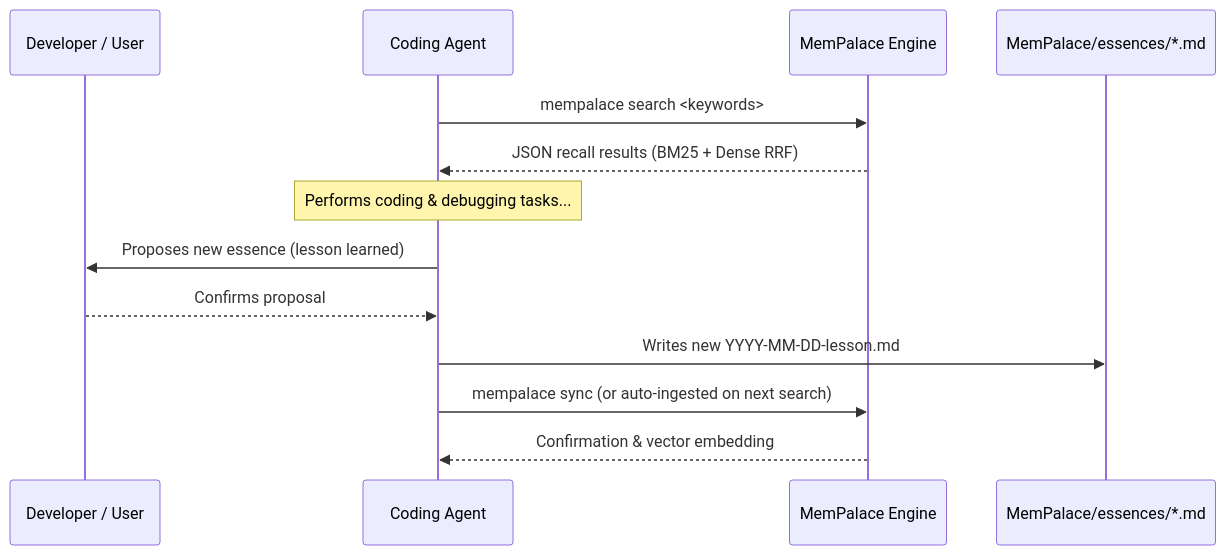
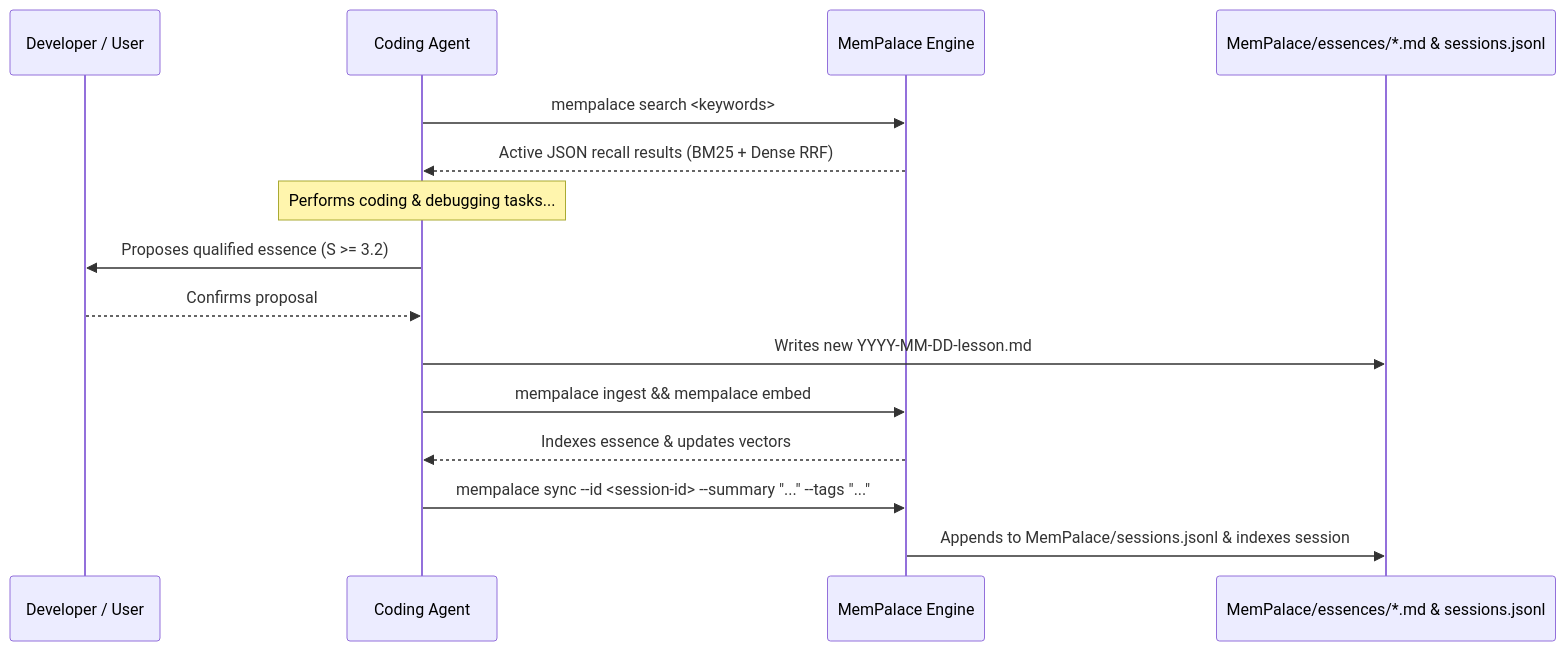
Before and after one commit to aruruka/mempalace: the diagram in wiki/workspace-setup-and-onboarding.md, drawn with Mermaid. The commit also changed other lines of this file and 10 other files, not shown here.

````diff
--- a/wiki/workspace-setup-and-onboarding.md
+++ b/wiki/workspace-setup-and-onboarding.md
@@ -143,16 +149,18 @@
 ```mermaid
 sequenceDiagram
     participant User as Developer / User
     participant Agent as Coding Agent
     participant MP as MemPalace Engine
-    participant Files as MemPalace/essences/*.md
+    participant Files as MemPalace/essences/*.md & sessions.jsonl
 
     Agent->>MP: mempalace search <keywords>
-    MP-->>Agent: JSON recall results (BM25 + Dense RRF)
+    MP-->>Agent: Active JSON recall results (BM25 + Dense RRF)
     Note over Agent: Performs coding & debugging tasks...
-    Agent->>User: Proposes new essence (lesson learned)
+    Agent->>User: Proposes qualified essence (S >= 3.2)
     User-->>Agent: Confirms proposal
     Agent->>Files: Writes new YYYY-MM-DD-lesson.md
-    Agent->>MP: mempalace sync (or auto-ingested on next search)
-    MP-->>Agent: Confirmation & vector embedding
+    Agent->>MP: mempalace ingest && mempalace embed
+    MP-->>Agent: Indexes essence & updates vectors
+    Agent->>MP: mempalace sync --id <session-id> --summary "..." --tags "..."
+    MP->>Files: Appends to MemPalace/sessions.jsonl & indexes session
 ```
````
